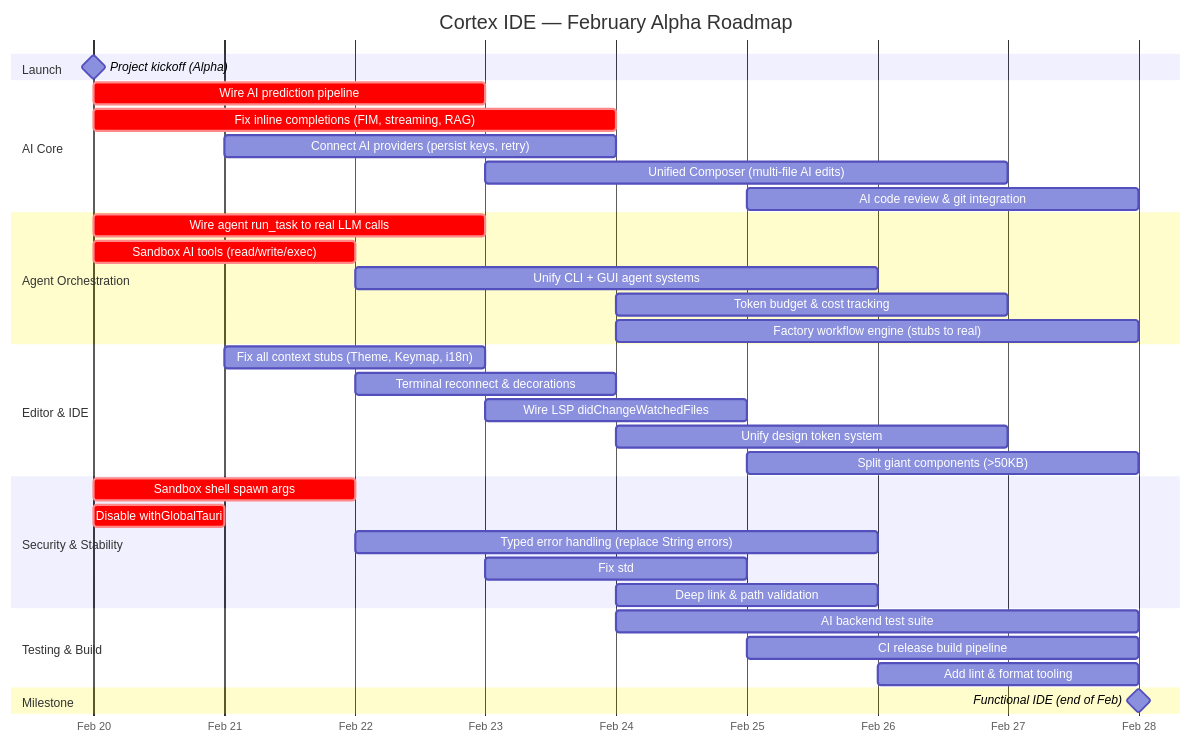
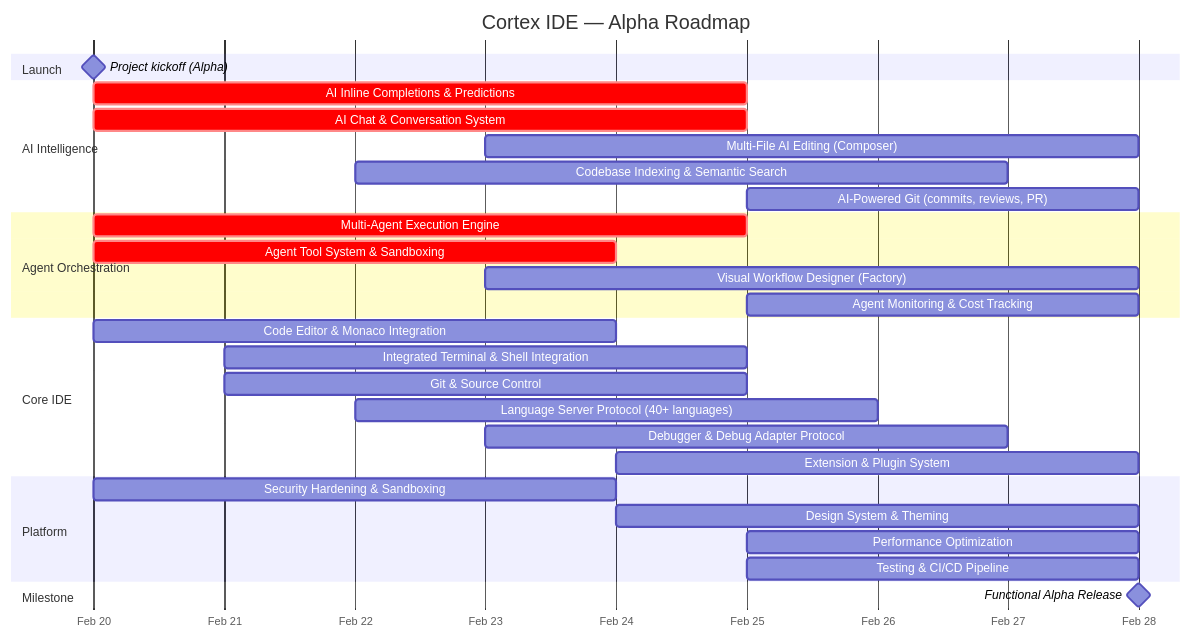
The diagram in README.md (CortexLM/cortex-ide), drawn with Mermaid before and after one commit. The commit also changed other lines of this file, not shown here.

Commit message:
docs: rewrite roadmap with high-level feature descriptions across all areas

````diff
--- a/README.md
+++ b/README.md
@@ -60,45 +60,39 @@
 ```mermaid
 gantt
-    title Cortex IDE — February Alpha Roadmap
+    title Cortex IDE — Alpha Roadmap
     dateFormat  YYYY-MM-DD
     axisFormat  %b %d
 
     section Launch
-    Project kickoff (Alpha)                        :milestone, m1, 2026-02-20, 0d
+    Project kickoff (Alpha)                          :milestone, m1, 2026-02-20, 0d
 
-    section AI Core
-    Wire AI prediction pipeline                    :crit, ai1, 2026-02-20, 3d
-    Fix inline completions (FIM, streaming, RAG)   :crit, ai2, 2026-02-20, 4d
-    Connect AI providers (persist keys, retry)     :ai3, 2026-02-21, 3d
-    Unified Composer (multi-file AI edits)         :ai4, 2026-02-23, 4d
-    AI code review & git integration               :ai5, 2026-02-25, 3d
+    section AI Intelligence
+    AI Inline Completions & Predictions              :crit, a1, 2026-02-20, 5d
+    AI Chat & Conversation System                    :crit, a2, 2026-02-20, 5d
+    Multi-File AI Editing (Composer)                  :a3, 2026-02-23, 5d
+    Codebase Indexing & Semantic Search               :a4, 2026-02-22, 5d
+    AI-Powered Git (commits, reviews, PR)             :a5, 2026-02-25, 3d
 
     section Agent Orchestration
-    Wire agent run_task to real LLM calls          :crit, ag1, 2026-02-20, 3d
-    Sandbox AI tools (read/write/exec)             :crit, ag2, 2026-02-20, 2d
-    Unify CLI + GUI agent systems                  :ag3, 2026-02-22, 4d
-    Token budget & cost tracking                   :ag4, 2026-02-24, 3d
-    Factory workflow engine (stubs to real)         :ag5, 2026-02-24, 4d
+    Multi-Agent Execution Engine                      :crit, b1, 2026-02-20, 5d
+    Agent Tool System & Sandboxing                    :crit, b2, 2026-02-20, 4d
+    Visual Workflow Designer (Factory)                :b3, 2026-02-23, 5d
+    Agent Monitoring & Cost Tracking                  :b4, 2026-02-25, 3d
 
-    section Editor & IDE
-    Fix all context stubs (Theme, Keymap, i18n)    :ed1, 2026-02-21, 2d
-    Terminal reconnect & decorations               :ed2, 2026-02-22, 2d
-    Wire LSP didChangeWatchedFiles                 :ed3, 2026-02-23, 2d
-    Unify design token system                      :ed4, 2026-02-24, 3d
-    Split giant components (>50KB)                 :ed5, 2026-02-25, 3d
+    section Core IDE
+    Code Editor & Monaco Integration                  :c1, 2026-02-20, 4d
+    Integrated Terminal & Shell Integration            :c2, 2026-02-21, 4d
+    Git & Source Control                               :c3, 2026-02-21, 4d
+    Language Server Protocol (40+ languages)            :c4, 2026-02-22, 4d
+    Debugger & Debug Adapter Protocol                   :c5, 2026-02-23, 4d
+    Extension & Plugin System                           :c6, 2026-02-24, 4d
 
-    section Security & Stability
-    Sandbox shell spawn args                       :crit, sec1, 2026-02-20, 2d
-    Disable withGlobalTauri                        :crit, sec2, 2026-02-20, 1d
-    Typed error handling (replace String errors)   :sec3, 2026-02-22, 4d
-    Fix std::sync::Mutex in async contexts         :sec4, 2026-02-23, 2d
-    Deep link & path validation                    :sec5, 2026-02-24, 2d
-
-    section Testing & Build
-    AI backend test suite                          :t1, 2026-02-24, 4d
-    CI release build pipeline                      :t2, 2026-02-25, 3d
-    Add lint & format tooling                      :t3, 2026-02-26, 2d
+    section Platform
+    Security Hardening & Sandboxing                    :d1, 2026-02-20, 4d
+    Design System & Theming                            :d2, 2026-02-24, 4d
+    Performance Optimization                           :d3, 2026-02-25, 3d
+    Testing & CI/CD Pipeline                           :d4, 2026-02-25, 3d
 
     section Milestone
-    Functional IDE (end of Feb)                    :milestone, m2, 2026-02-28, 0d
+    Functional Alpha Release                           :milestone, m2, 2026-02-28, 0d
 ```
````
